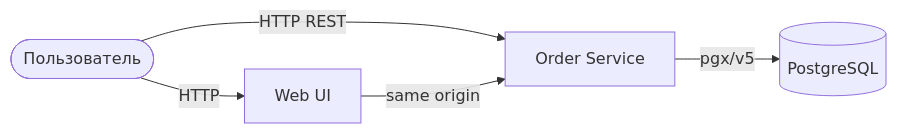
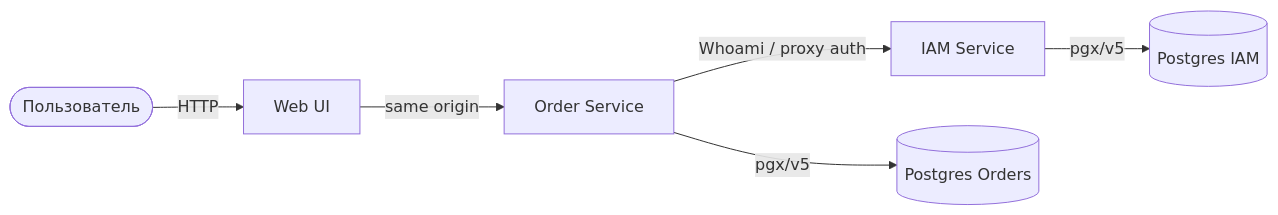
Before and after one commit to sssfind/spaceship-orders: the diagram in README.md, drawn with Mermaid. The commit also changed other lines of this file and 151 other files, not shown here.

````diff
--- a/README.md
+++ b/README.md
@@ -14,7 +14,8 @@
 ```mermaid
 graph LR
     User([Пользователь]) -->|HTTP| UI[Web UI]
-    User -->|HTTP REST| API[Order Service]
-    UI -->|same origin| API
-    API -->|pgx/v5| PG[(PostgreSQL)]
+    UI -->|same origin| Order[Order Service]
+    Order -->|Whoami / proxy auth| IAM[IAM Service]
+    Order -->|pgx/v5| PG1[(Postgres Orders)]
+    IAM -->|pgx/v5| PG2[(Postgres IAM)]
 ```
````
